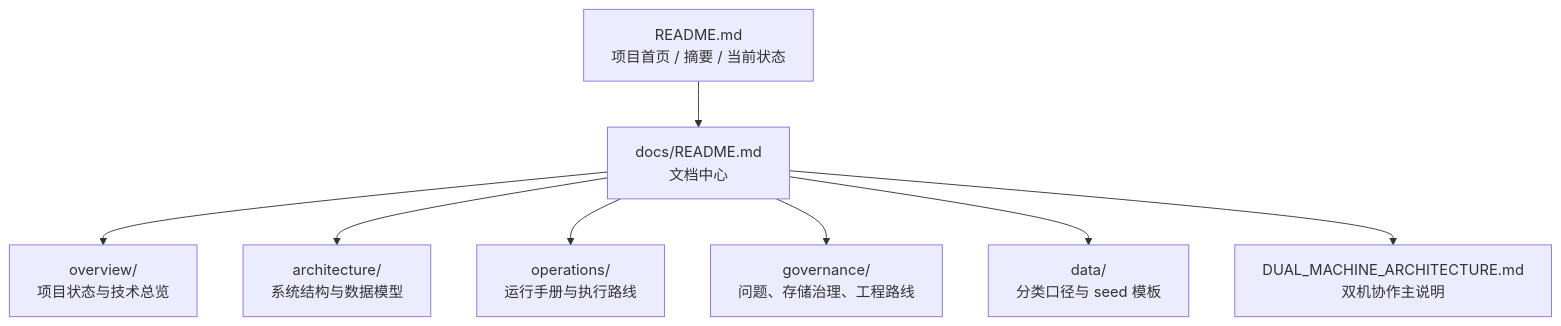
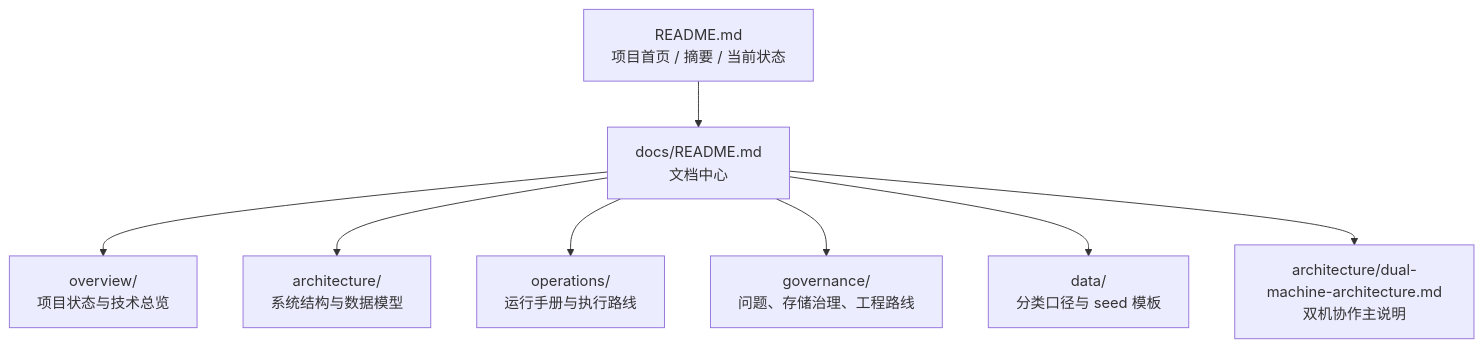
The diagram in docs/README.md (Timcai06/SPM), drawn with Mermaid before and after one commit. The commit also changed other lines of this file and 20 other files, not shown here.

````diff
--- a/docs/README.md
+++ b/docs/README.md
@@ -14,11 +14,11 @@
 ```mermaid
 flowchart TD
     A["README.md<br/>项目首页 / 摘要 / 当前状态"] --> B["docs/README.md<br/>文档中心"]
 
     B --> C["overview/<br/>项目状态与技术总览"]
     B --> D["architecture/<br/>系统结构与数据模型"]
     B --> E["operations/<br/>运行手册与执行路线"]
     B --> F["governance/<br/>问题、存储治理、工程路线"]
     B --> G["data/<br/>分类口径与 seed 模板"]
-    B --> H["DUAL_MACHINE_ARCHITECTURE.md<br/>双机协作主说明"]
+    B --> H["architecture/dual-machine-architecture.md<br/>双机协作主说明"]
 ```
````
